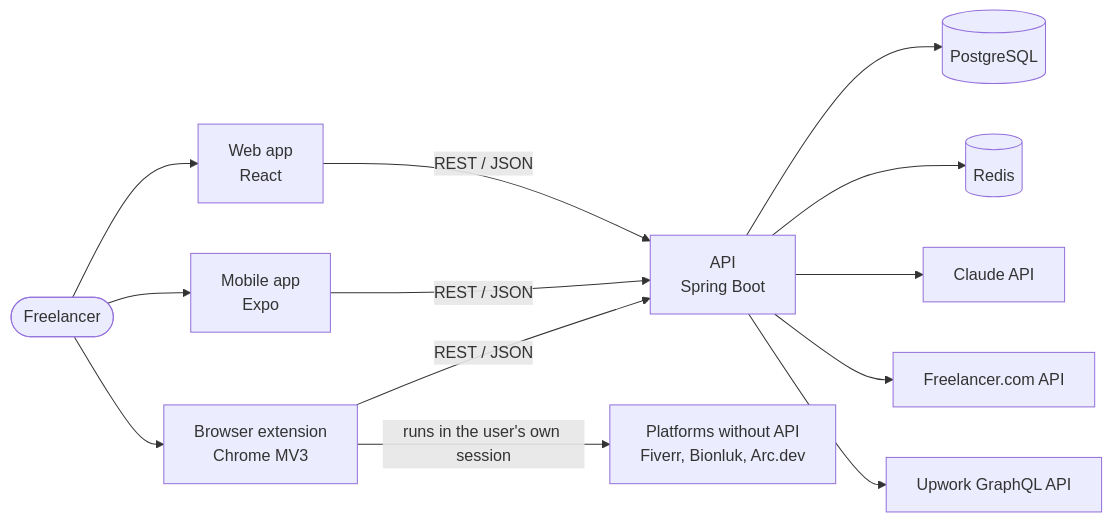
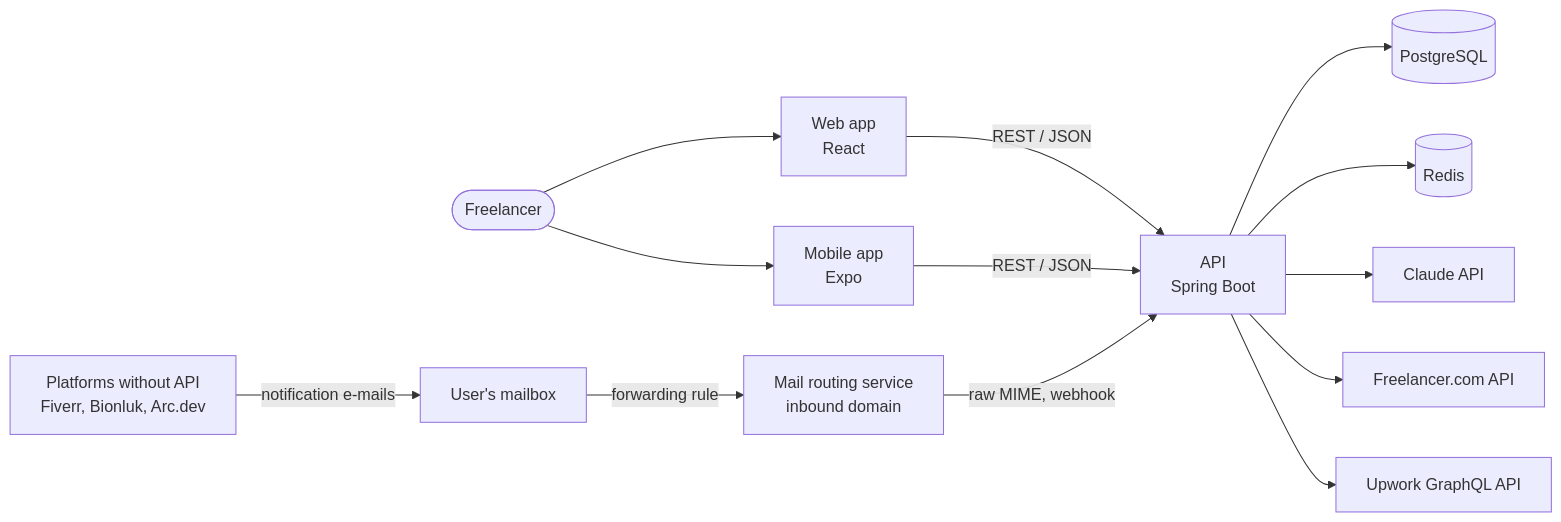
Before and after one commit to fcomoglu/freelance-command-center: the first of 2 diagrams in docs/architecture.md, drawn with Mermaid. The commit also changed other lines of this file and 29 other files, not shown here.

First line of the commit message:
feat(api): receive forwarded platform e-mails in a workspace inbox

````diff
--- a/docs/architecture.md
+++ b/docs/architecture.md
@@ -15,21 +15,24 @@
 ```mermaid
 flowchart LR
     user([Freelancer])
     web[Web app<br/>React]
     mobile[Mobile app<br/>Expo]
-    ext[Browser extension<br/>Chrome MV3]
+    mail[Mail routing service<br/>inbound domain]
     api[API<br/>Spring Boot]
     db[(PostgreSQL)]
     redis[(Redis)]
     claude[Claude API]
     flapi[Freelancer.com API]
     upapi[Upwork GraphQL API]
     sites[Platforms without API<br/>Fiverr, Bionluk, Arc.dev]
+    mailbox[User's mailbox]
 
-    user --> web & mobile & ext
-    web & mobile & ext -->|REST / JSON| api
+    user --> web & mobile
+    web & mobile -->|REST / JSON| api
     api --> db & redis
     api --> claude
     api --> flapi & upapi
-    ext -->|runs in the user's own session| sites
+    sites -->|notification e-mails| mailbox
+    mailbox -->|forwarding rule| mail
+    mail -->|raw MIME, webhook| api
 ```
````
